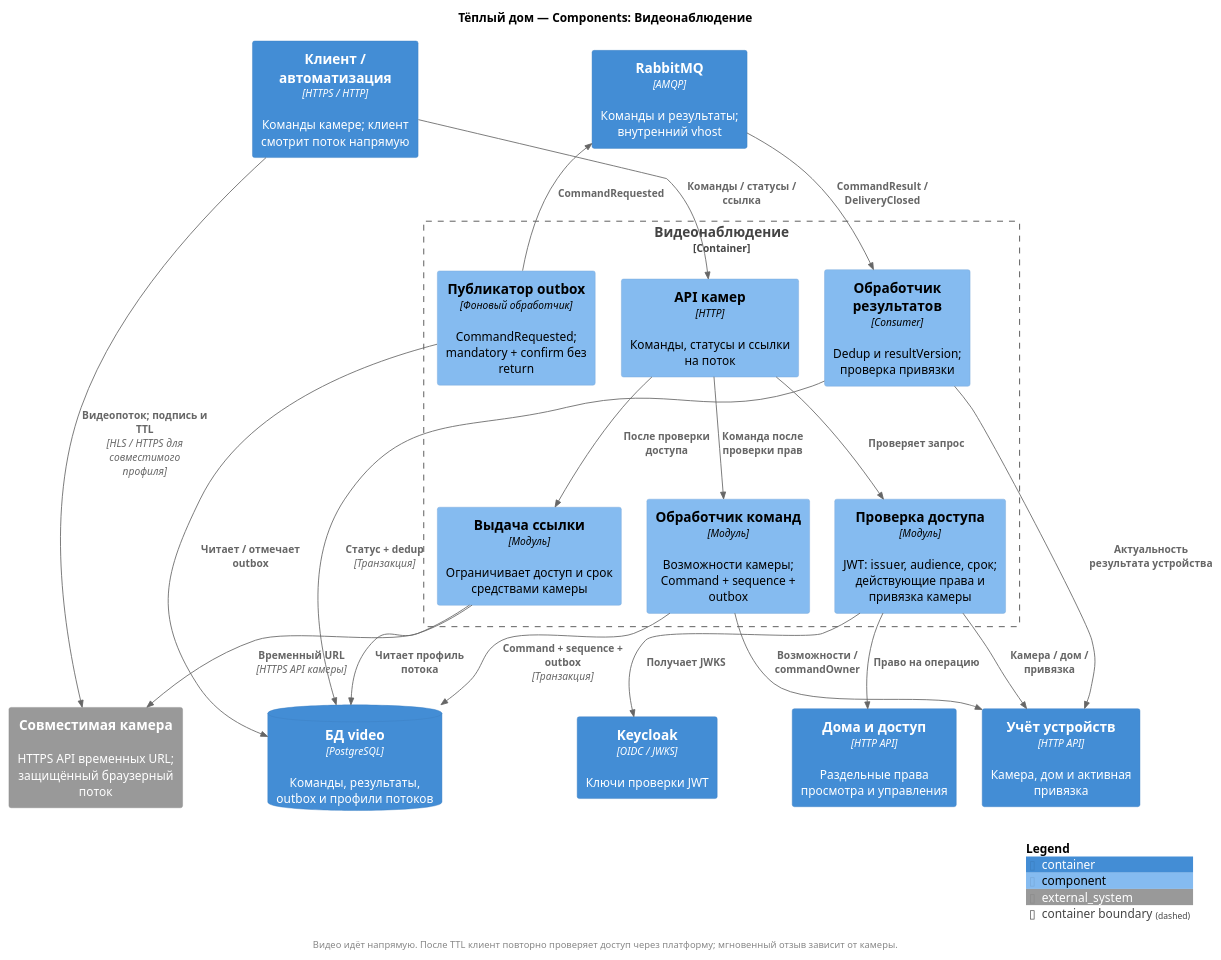
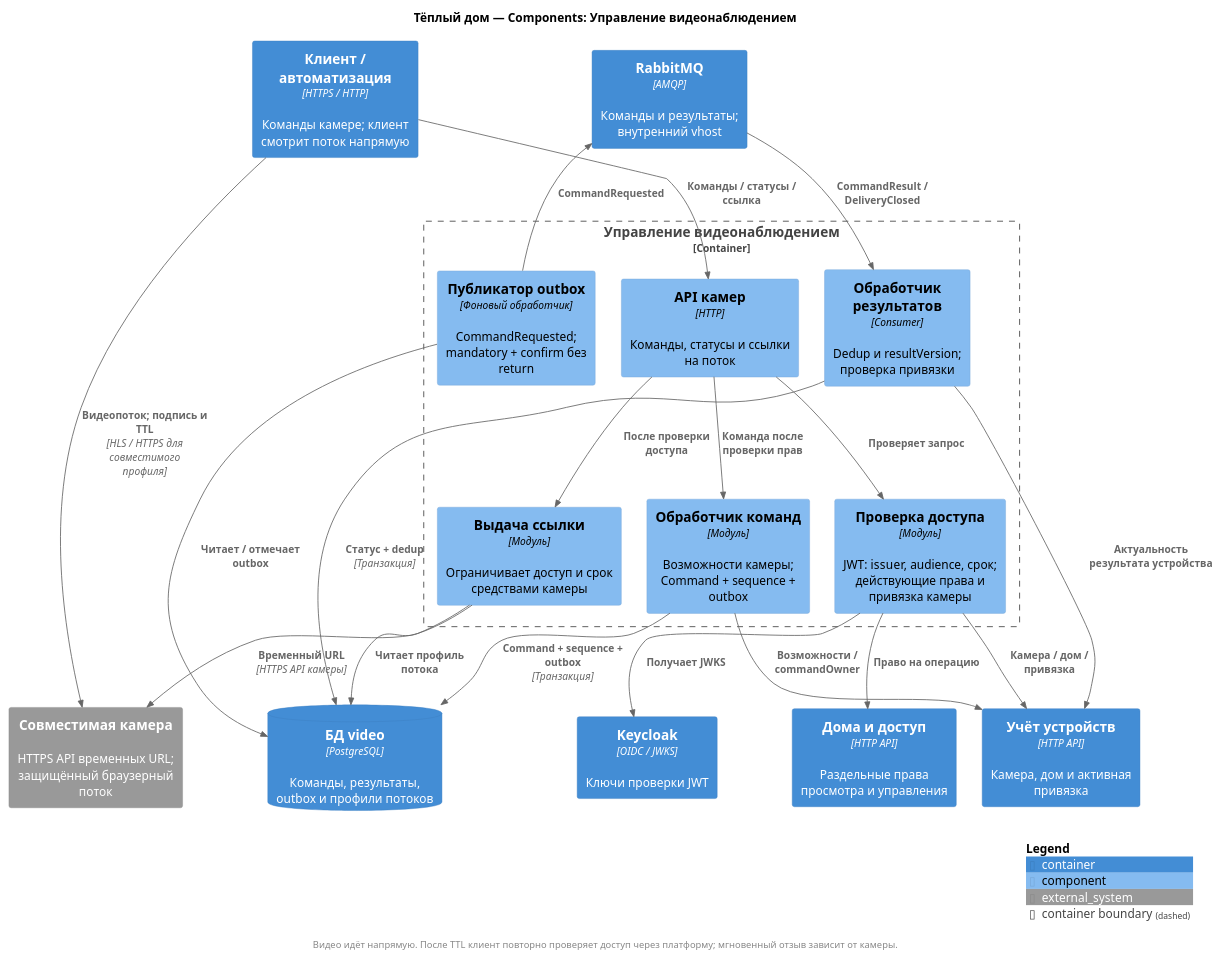
One commit to AndyMcFishka/architecture-pro-warmhouse changed the diagram in diagrams/components/video.puml. Above: the diagram before and after it, drawn with PlantUML. The commit also changed 11 other files, not shown here.

```diff
--- a/diagrams/components/video.puml
+++ b/diagrams/components/video.puml
@@ -1,42 +1,42 @@
 @startuml
 !include <C4/C4_Component>
-title Тёплый дом — Components: Видеонаблюдение
+title Тёплый дом — Components: Управление видеонаблюдением
 LAYOUT_TOP_DOWN()
 skinparam nodesep 30
 skinparam ranksep 50
 Container(client, "Клиент / автоматизация", "HTTPS / HTTP", "Команды камере; клиент смотрит поток напрямую")
 Container(idp, "Keycloak", "OIDC / JWKS", "Ключи проверки JWT")
 Container(access, "Дома и доступ", "HTTP API", "Раздельные права просмотра и управления")
 Container(registry, "Учёт устройств", "HTTP API", "Камера, дом и активная привязка")
 Container(broker, "RabbitMQ", "AMQP", "Команды и результаты; внутренний vhost")
-Container_Boundary(service, "Видеонаблюдение") {
+Container_Boundary(service, "Управление видеонаблюдением") {
   Component(api, "API камер", "HTTP", "Команды, статусы и ссылки на поток")
   Component(auth, "Проверка доступа", "Модуль", "JWT: issuer, audience, срок; действующие права и привязка камеры")
   Component(commands, "Обработчик команд", "Модуль", "Возможности камеры; Command + sequence + outbox")
   Component(results, "Обработчик результатов", "Consumer", "Dedup и resultVersion; проверка привязки")
   Component(relay, "Публикатор outbox", "Фоновый обработчик", "CommandRequested; mandatory + confirm без return")
   Component(links, "Выдача ссылки", "Модуль", "Ограничивает доступ и срок средствами камеры")
 }
 System_Ext(camera, "Совместимая камера", "HTTPS API временных URL; защищённый браузерный поток")
 ContainerDb(db, "БД video", "PostgreSQL", "Команды, результаты, outbox и профили потоков")
 Rel(client, api, "Команды / статусы / ссылка")
 Rel(api, auth, "Проверяет запрос")
 Rel(auth, idp, "Получает JWKS")
 Rel(auth, registry, "Камера / дом / привязка")
 Rel(auth, access, "Право на операцию")
 Rel(api, links, "После проверки доступа")
 Rel(links, db, "Читает профиль потока")
 footer Видео идёт напрямую. После TTL клиент повторно проверяет доступ через платформу; мгновенный отзыв зависит от камеры.
 Rel(links, camera, "Временный URL", "HTTPS API камеры")
 Rel(client, camera, "Видеопоток; подпись и TTL", "HLS / HTTPS для совместимого профиля")
 Rel(api, commands, "Команда после проверки прав")
 Rel(commands, registry, "Возможности / commandOwner")
 Rel(commands, db, "Command + sequence + outbox", "Транзакция")
 Rel(relay, db, "Читает / отмечает outbox")
 Rel(relay, broker, "CommandRequested")
 Rel(broker, results, "CommandResult / DeliveryClosed")
 Rel(results, registry, "Актуальность результата устройства")
 Rel(results, db, "Статус + dedup", "Транзакция")
 skinparam footerFontSize 11
 SHOW_LEGEND()
 @enduml
```
